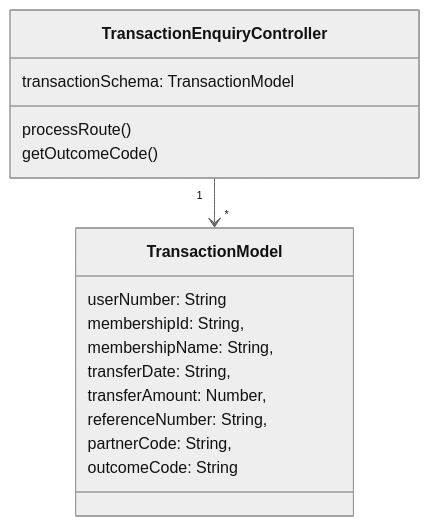
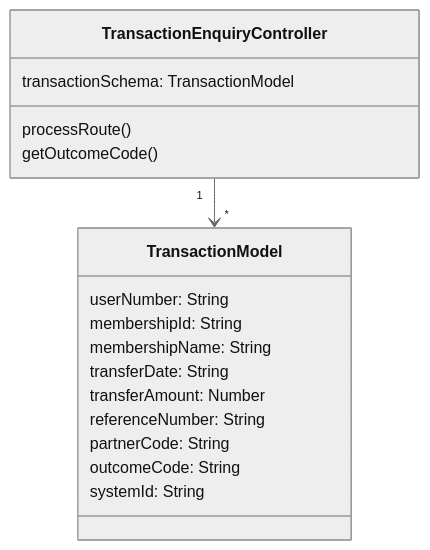
The seventh of 16 diagrams in UML Class Diagrams/mvcClass.md (Sean2309/50.003_ESC_Project), drawn with Mermaid (neutral theme) before and after one commit. The commit also changed other lines of this file and 10 other files, not shown here.

Commit message:
chore: updated use case diagrams

````diff
--- a/UML Class Diagrams/mvcClass.md
+++ b/UML Class Diagrams/mvcClass.md
@@ -243,25 +276,26 @@
 ```mermaid
 classDiagram
 class TransactionEnquiryController
 TransactionEnquiryController "1" --> "*" TransactionModel
 
 
 class TransactionEnquiryController{
     transactionSchema: TransactionModel
     processRoute()
     getOutcomeCode()
 }
 
 class TransactionModel{
     userNumber: String
-    membershipId: String,
-    membershipName: String,
-    transferDate: String,
-    transferAmount: Number,
-    referenceNumber: String,
-    partnerCode: String,
+    membershipId: String
+    membershipName: String
+    transferDate: String
+    transferAmount: Number
+    referenceNumber: String
+    partnerCode: String
     outcomeCode: String
+    systemId: String
 }
 
 
 ```
````
